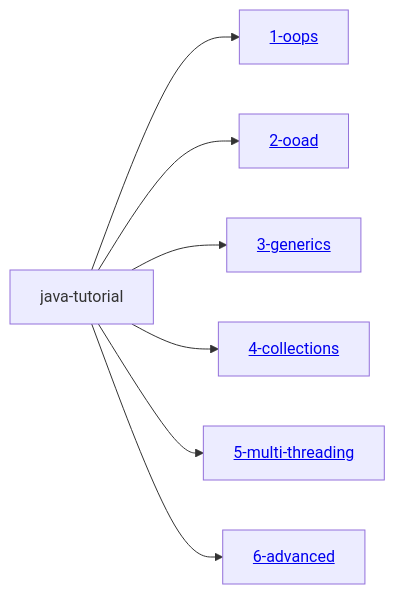
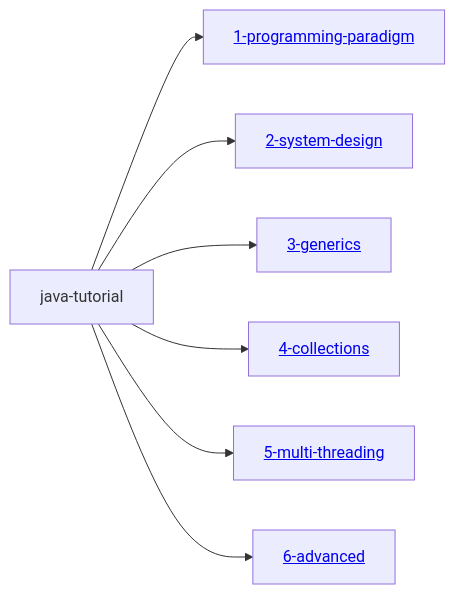
One commit to Saravana1992-java/java-tutorial changed the first of 2 diagrams in Readme.md. Above: the diagram before and after it, drawn with Mermaid. The commit also changed other lines of this file and 21 other files, not shown here.

````diff
--- a/Readme.md
+++ b/Readme.md
@@ -13,11 +30,11 @@
 ```mermaid
 
 flowchart LR
     Root["java-tutorial"]
-    Root --> OOPS["<a href='./Saravana1992-java/java-tutorial/blob/main/1-oops/ProgrammingParadigm.md/'>1-oops</a>"]
-    Root --> OOAD["<a href='./Saravana1992-java/java-tutorial/blob/main/2-ooad/OOAD.md'>2-ooad</a>"]
+    Root --> OOPS["<a href='./Saravana1992-java/java-tutorial/blob/main/1-programming-paradigm/ProgrammingParadigm.md/'>1-programming-paradigm</a>"]
+    Root --> OOAD["<a href='./Saravana1992-java/java-tutorial/blob/main/2-system-design/OOAD.md'>2-system-design</a>"]
     Root --> Generics["<a href='./Saravana1992-java/java-tutorial/blob/main/3-generics/JavaGenerics.md'>3-generics</a>"]
     Root --> Collections["<a href='./Saravana1992-java/java-tutorial/blob/main/4-collections/JavaCollections.md'>4-collections</a>"]
     Root --> MultiThreading["<a href='./Saravana1992-java/java-tutorial/blob/main/5-multi-threading/ConcurrantProgramming.md'>5-multi-threading</a>"]
     Root --> Advanced["<a href='./Saravana1992-java/java-tutorial/blob/main/6-advanced/AdvancedJavaProgramming.md'>6-advanced</a>"]
 ```
````
